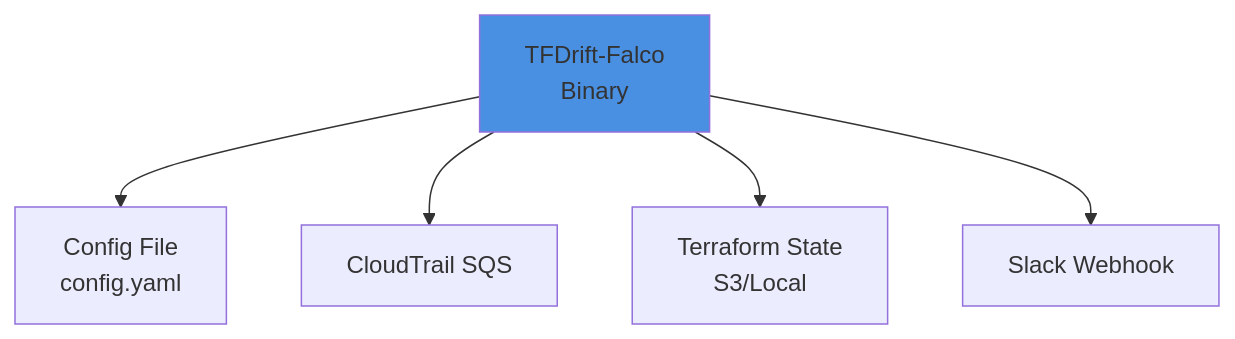
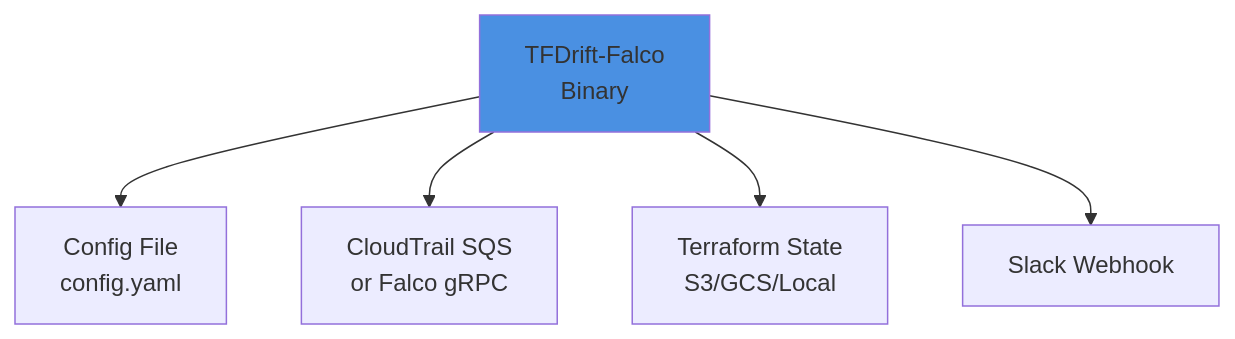
Before and after one commit to higakikeita/tfdrift-falco: the tenth of 13 diagrams in docs/architecture.md, drawn with Mermaid. The commit also changed other lines of this file, not shown here.

First line of the commit message:
docs: Update architecture.md for v0.5.0 multi-cloud support

````diff
--- a/docs/architecture.md
+++ b/docs/architecture.md
@@ -780,9 +879,9 @@
 ```mermaid
 graph TB
     A[TFDrift-Falco<br/>Binary] --> B[Config File<br/>config.yaml]
-    A --> C[CloudTrail SQS]
-    A --> D[Terraform State<br/>S3/Local]
+    A --> C[CloudTrail SQS<br/>or Falco gRPC]
+    A --> D[Terraform State<br/>S3/GCS/Local]
     A --> E[Slack Webhook]
 
     style A fill:#4A90E2
 ```
````
